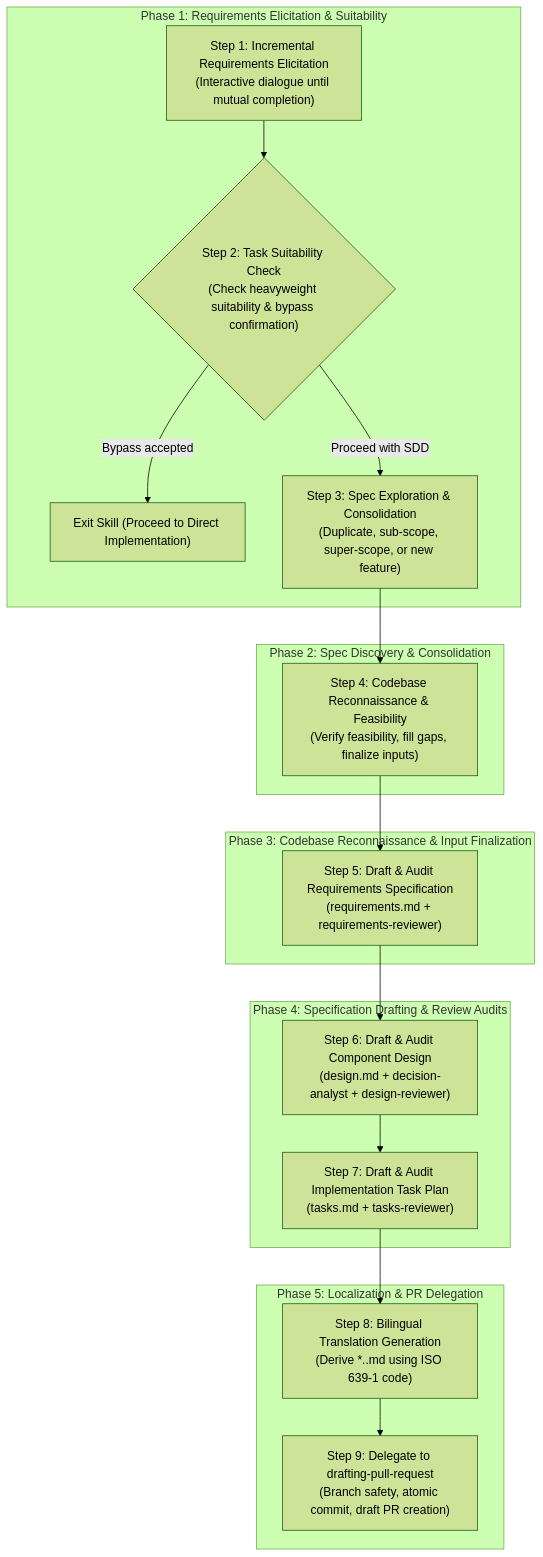
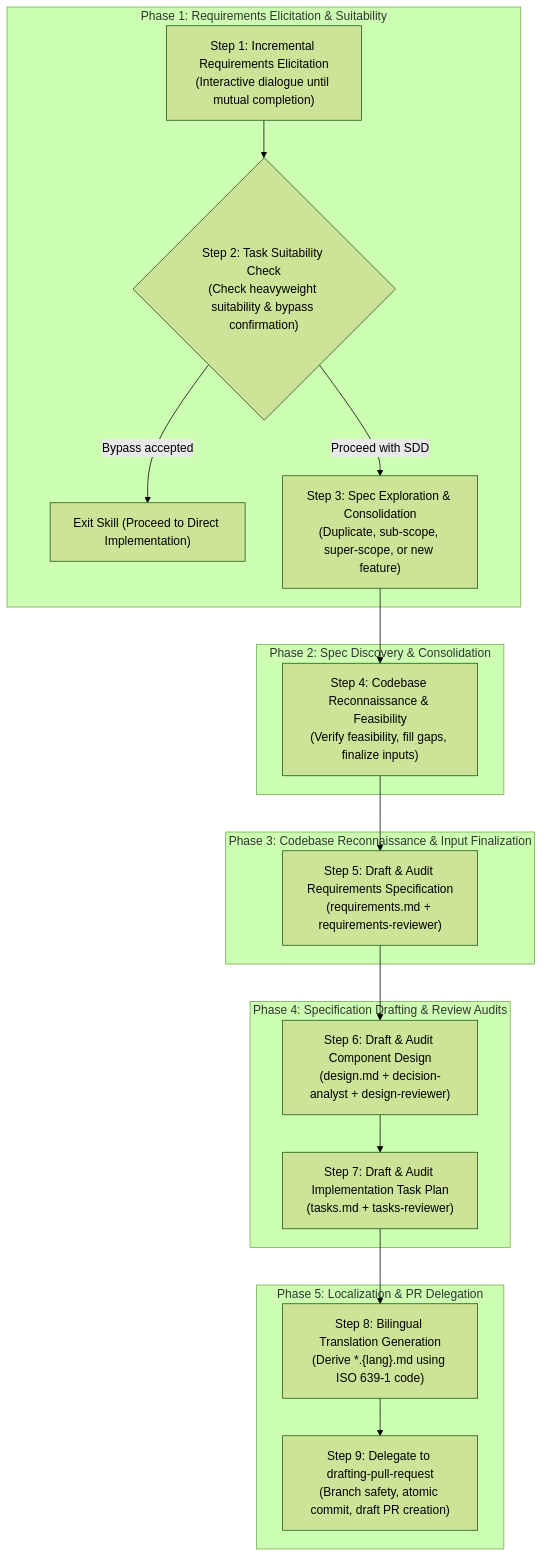
One commit to green-tea-stalk/swe-agent-skills changed the diagram in plugins/swe-workflow/skills/planning-and-designing/README.md. Above: the diagram before and after it, drawn with Mermaid (forest theme). The commit also changed other lines of this file and 30 other files, not shown here.

````diff
--- a/plugins/swe-workflow/skills/planning-and-designing/README.md
+++ b/plugins/swe-workflow/skills/planning-and-designing/README.md
@@ -50,26 +50,26 @@
 ```mermaid
 flowchart TD
     subgraph P1["Phase 1: Requirements Elicitation & Suitability"]
         S1["Step 1: Incremental Requirements Elicitation<br>(Interactive dialogue until mutual completion)"] --> S2{"Step 2: Task Suitability Check<br>(Check heavyweight suitability & bypass confirmation)"}
         S2 -- "Bypass accepted" --> EXIT["Exit Skill (Proceed to Direct Implementation)"]
         S2 -- "Proceed with SDD" --> S3
     end
 
     subgraph P2["Phase 2: Spec Discovery & Consolidation"]
         S3["Step 3: Spec Exploration & Consolidation<br>(Duplicate, sub-scope, super-scope, or new feature)"] --> S4
     end
 
     subgraph P3["Phase 3: Codebase Reconnaissance & Input Finalization"]
         S4["Step 4: Codebase Reconnaissance & Feasibility<br>(Verify feasibility, fill gaps, finalize inputs)"] --> S5
     end
 
     subgraph P4["Phase 4: Specification Drafting & Review Audits"]
         S5["Step 5: Draft & Audit Requirements Specification<br>(requirements.md + requirements-reviewer)"] --> S6["Step 6: Draft & Audit Component Design<br>(design.md + decision-analyst + design-reviewer)"]
         S6 --> S7["Step 7: Draft & Audit Implementation Task Plan<br>(tasks.md + tasks-reviewer)"]
     end
 
     subgraph P5["Phase 5: Localization & PR Delegation"]
-        S7 --> S8["Step 8: Bilingual Translation Generation<br>(Derive *.<lang>.md using ISO 639-1 code)"]
+        S7 --> S8["Step 8: Bilingual Translation Generation<br>(Derive *.{lang}.md using ISO 639-1 code)"]
         S8 --> S9["Step 9: Delegate to drafting-pull-request<br>(Branch safety, atomic commit, draft PR creation)"]
     end
 ```
````
